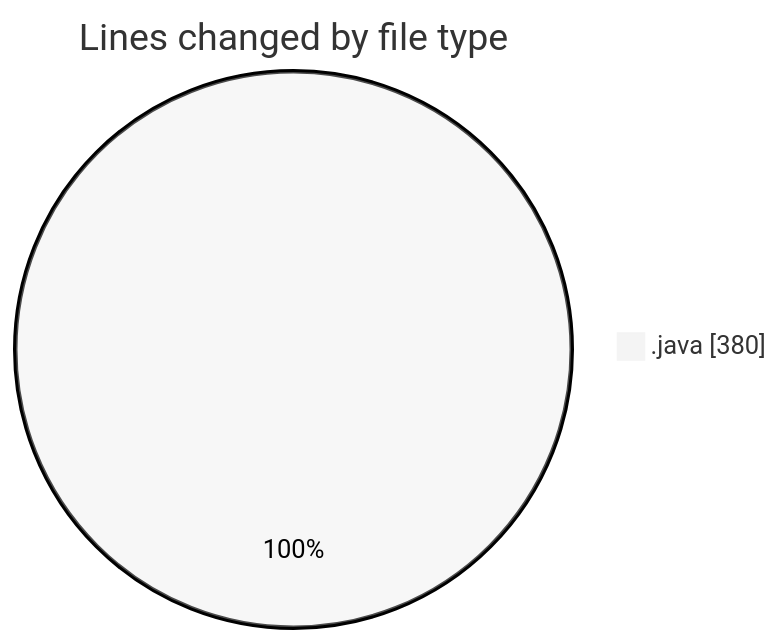
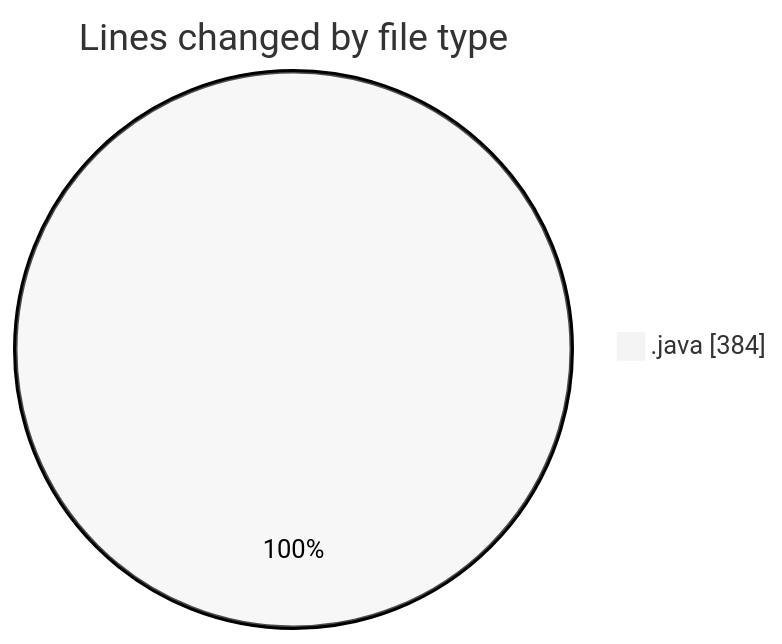
Before and after one commit to Elitesun/code-tracking: the first of 2 diagrams in 2025-02-21/projet/README.md, drawn with Mermaid (neutral theme). The commit also changed other lines of this file and 1 other file, not shown here.

````diff
--- a/2025-02-21/projet/README.md
+++ b/2025-02-21/projet/README.md
@@ -23,5 +24,5 @@
 ```mermaid
 pie showData
 title Lines changed by file type
-".java" : 380
+".java" : 384
 ```
````
